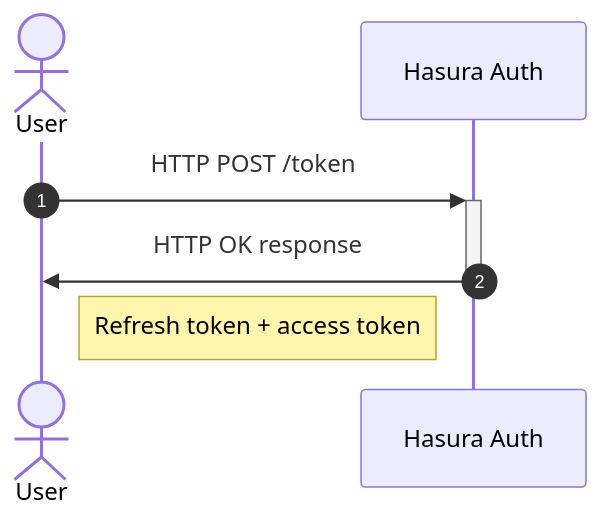
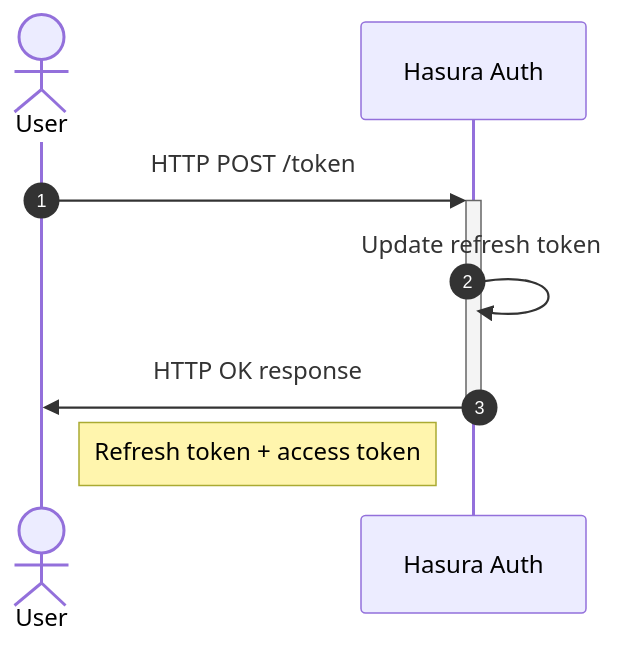
The diagram in docs/workflows/refresh-token.md (nhost/nhost), drawn with Mermaid before and after one commit. The commit also changed 5 other files, not shown here.

First line of the commit message:
feat: refresh session with new refresh token (#617)

````diff
--- a/docs/workflows/refresh-token.md
+++ b/docs/workflows/refresh-token.md
@@ -3,9 +3,10 @@
 ```mermaid
 sequenceDiagram
 	autonumber
 	actor U as User
 	participant A as Hasura Auth
 	U->>+A: HTTP POST /token
+	A->>A: Update refresh token
 	A->>-U: HTTP OK response
 	Note left of A: Refresh token + access token
 ```
````
